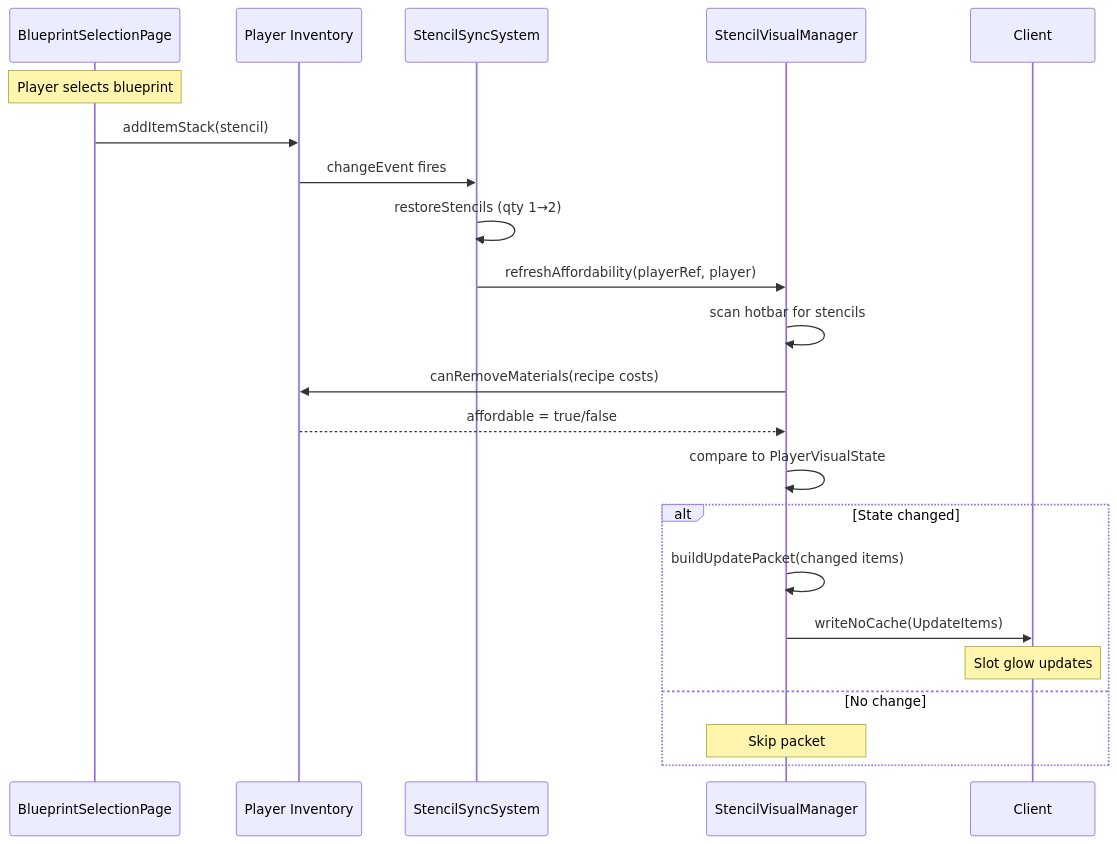
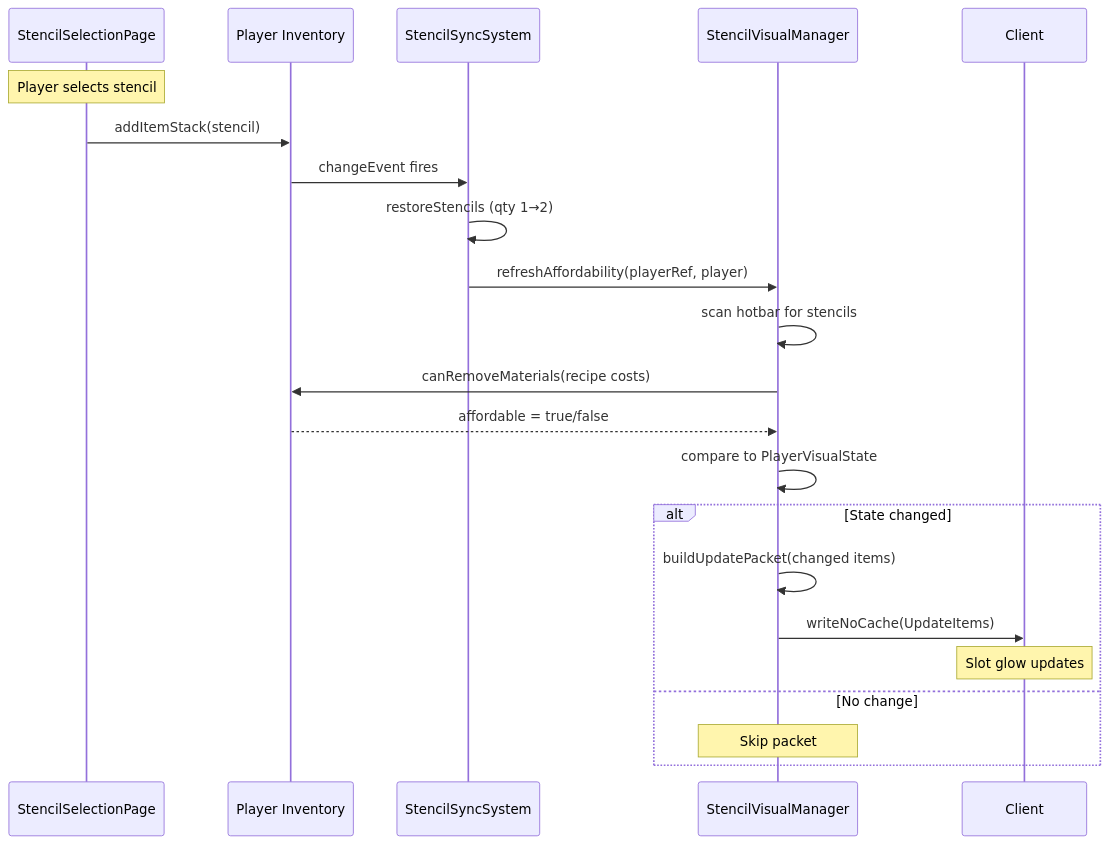
The third of 3 diagrams in docs/design-stencil-visual-manager.md (TheCodeCreature/Hytale-Example-Plugin), drawn with Mermaid before and after one commit. The commit also changed other lines of this file and 289 other files, not shown here.

````diff
--- a/docs/design-stencil-visual-manager.md
+++ b/docs/design-stencil-visual-manager.md
@@ -85,25 +85,25 @@
 ```mermaid
 sequenceDiagram
-    participant BSP as BlueprintSelectionPage
+    participant BSP as StencilSelectionPage
     participant Inv as Player Inventory
     participant SSS as StencilSyncSystem
     participant SVM as StencilVisualManager
     participant Client as Client
 
-    Note over BSP: Player selects blueprint
+    Note over BSP: Player selects stencil
     BSP->>Inv: addItemStack(stencil)
     Inv->>SSS: changeEvent fires
     SSS->>SSS: restoreStencils (qty 1→2)
     SSS->>SVM: refreshAffordability(playerRef, player)
     SVM->>SVM: scan hotbar for stencils
     SVM->>Inv: canRemoveMaterials(recipe costs)
     Inv-->>SVM: affordable = true/false
     SVM->>SVM: compare to PlayerVisualState
     alt State changed
         SVM->>SVM: buildUpdatePacket(changed items)
         SVM->>Client: writeNoCache(UpdateItems)
         Note over Client: Slot glow updates
     else No change
         Note over SVM: Skip packet
     end
 ```
````
